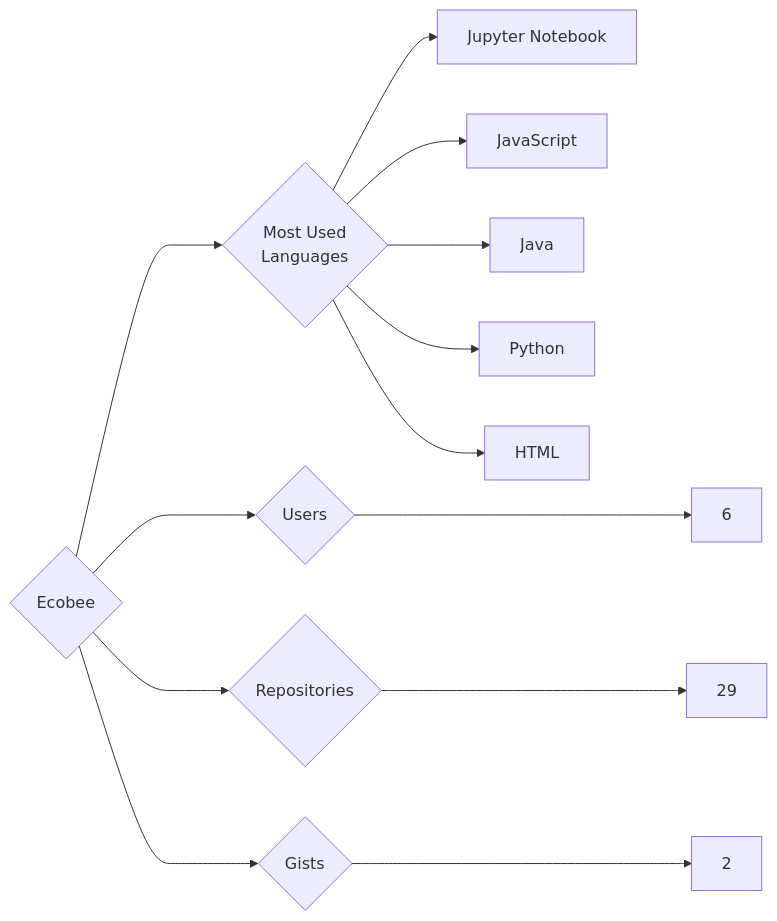
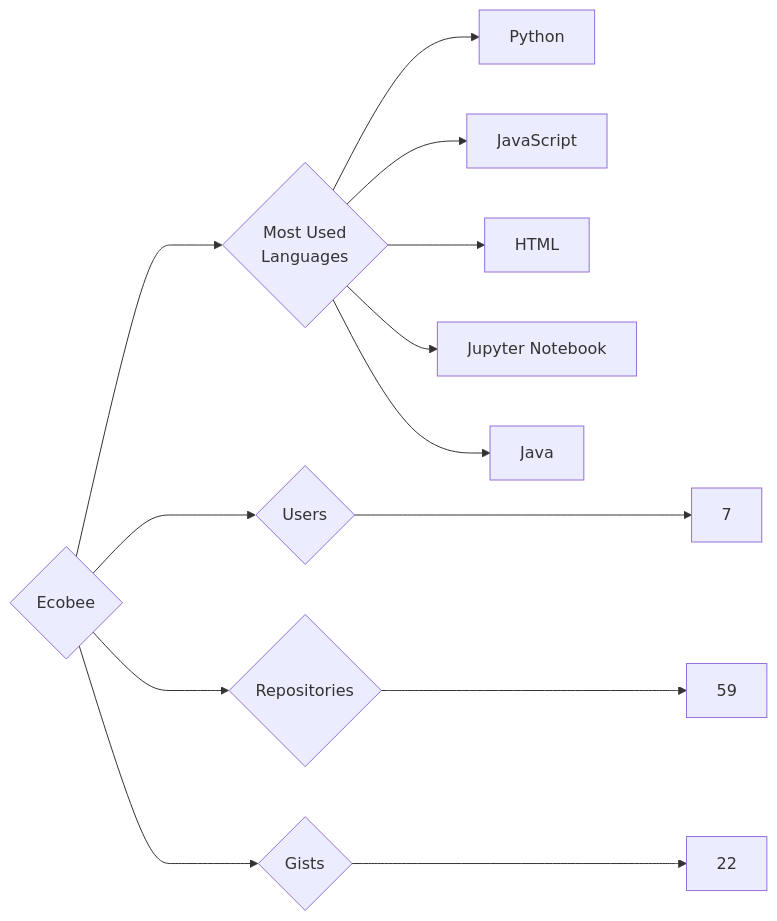
Before and after one commit to trickest/insiders: the diagram in targets/Ecobee/README.md, drawn with Mermaid. The commit also changed 1212 other files, not shown here.

````diff
--- a/targets/Ecobee/README.md
+++ b/targets/Ecobee/README.md
@@ -3,13 +3,13 @@
 ```mermaid
 graph LR
 COMPANY_NAME{Ecobee}
-COMPANY_NAME ---> U{Users} ---> UN[6]
-COMPANY_NAME ---> R{Repositories} ---> RN[29]
-COMPANY_NAME ---> G{Gists} ---> GN[2]
+COMPANY_NAME ---> U{Users} ---> UN[7]
+COMPANY_NAME ---> R{Repositories} ---> RN[59]
+COMPANY_NAME ---> G{Gists} ---> GN[22]
 COMPANY_NAME ---> ML{Most Used<br>Languages}
+ML --> Python[Python]
+ML --> JavaScript[JavaScript]
+ML --> HTML[HTML]
 ML --> Jupyter_Notebook[Jupyter Notebook]
-ML --> JavaScript[JavaScript]
 ML --> Java[Java]
-ML --> Python[Python]
-ML --> HTML[HTML]
 ```
````
